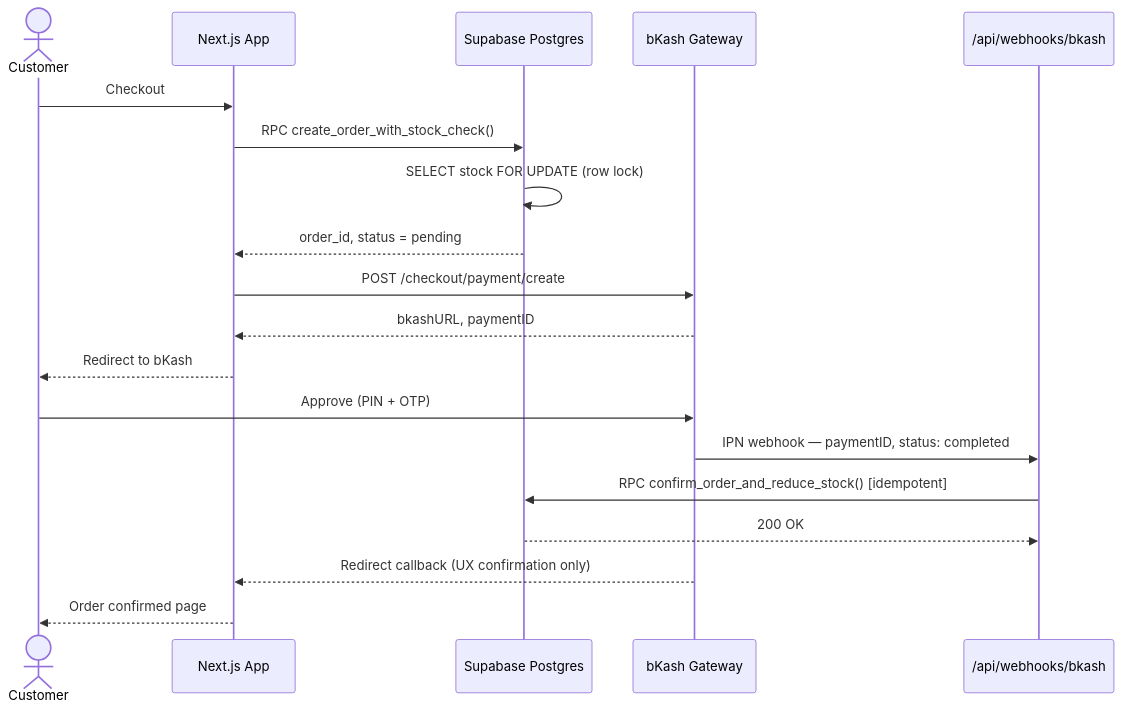
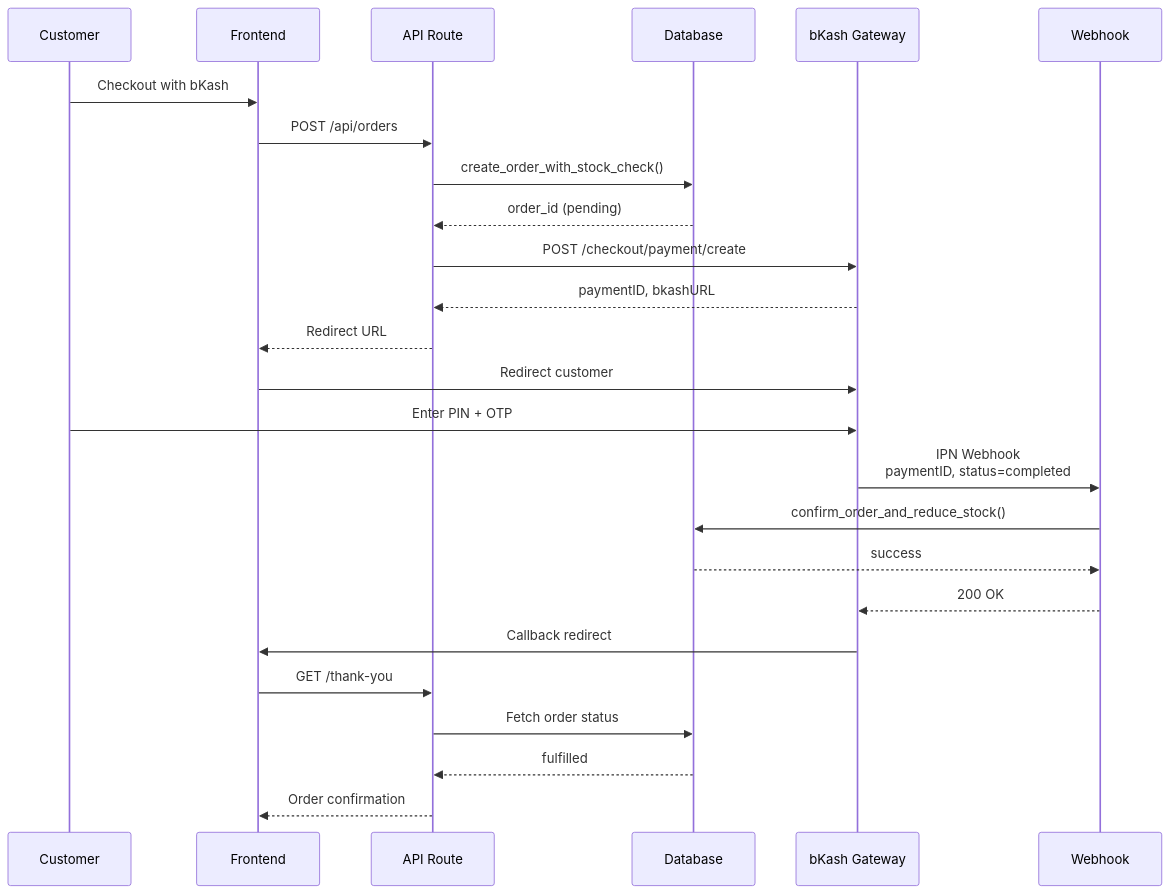
One commit to bushrakhandoker708/bushal changed the fourth of 5 diagrams in README.md. Above: the diagram before and after it, drawn with Mermaid. The commit also changed other lines of this file and 65 other files, not shown here.

````diff
--- a/README.md
+++ b/README.md
@@ -239,22 +404,29 @@
 ```mermaid
 sequenceDiagram
-    actor Customer
-    participant Web as Next.js App
-    participant DB as Supabase Postgres
-    participant Bkash as bKash Gateway
-    participant IPN as /api/webhooks/bkash
-
-    Customer->>Web: Checkout
-    Web->>DB: RPC create_order_with_stock_check()
-    DB->>DB: SELECT stock FOR UPDATE (row lock)
-    DB-->>Web: order_id, status = pending
-    Web->>Bkash: POST /checkout/payment/create
-    Bkash-->>Web: bkashURL, paymentID
-    Web-->>Customer: Redirect to bKash
-    Customer->>Bkash: Approve (PIN + OTP)
-    Bkash->>IPN: IPN webhook — paymentID, status: completed
-    IPN->>DB: RPC confirm_order_and_reduce_stock() [idempotent]
-    DB-->>IPN: 200 OK
-    Bkash-->>Web: Redirect callback (UX confirmation only)
-    Web-->>Customer: Order confirmed page
+    participant C as Customer
+    participant FE as Frontend
+    participant API as API Route
+    participant DB as Database
+    participant BK as bKash Gateway
+    participant WH as Webhook
+    
+    C->>FE: Checkout with bKash
+    FE->>API: POST /api/orders
+    API->>DB: create_order_with_stock_check()
+    DB-->>API: order_id (pending)
+    API->>BK: POST /checkout/payment/create
+    BK-->>API: paymentID, bkashURL
+    API-->>FE: Redirect URL
+    FE->>BK: Redirect customer
+    
+    C->>BK: Enter PIN + OTP
+    BK->>WH: IPN Webhook<br/>paymentID, status=completed
+    WH->>DB: confirm_order_and_reduce_stock()
+    DB-->>WH: success
+    WH-->>BK: 200 OK
+    BK->>FE: Callback redirect
+    FE->>API: GET /thank-you
+    API->>DB: Fetch order status
+    DB-->>API: fulfilled
+    API-->>FE: Order confirmation
 ```
````
